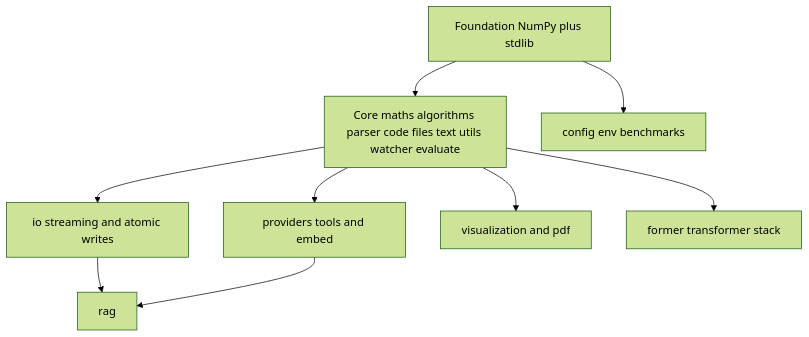
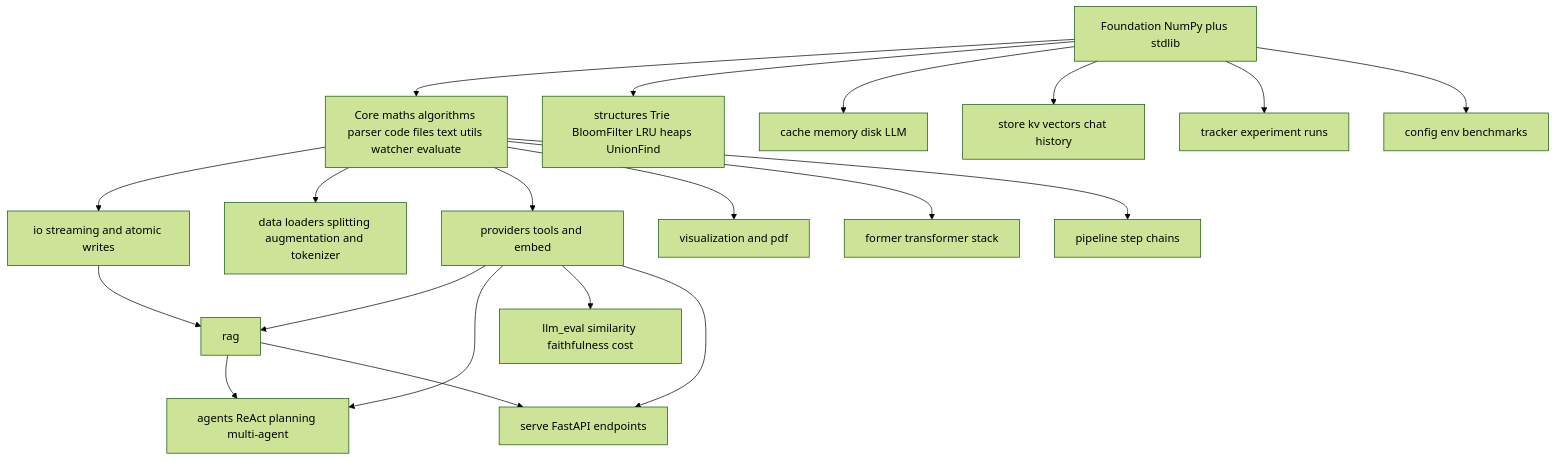
One commit to Aqwel-AI/Aion changed the first of 4 diagrams in README.md. Above: the diagram before and after it, drawn with Mermaid (forest theme). The commit also changed other lines of this file and 59 other files, not shown here.

````diff
--- a/README.md
+++ b/README.md
@@ -90,19 +138,39 @@
 ```mermaid
 flowchart TB
   Foundation[Foundation NumPy plus stdlib]
   Core[Core maths algorithms parser code files text utils watcher evaluate]
   DataIO[io streaming and atomic writes]
+  DataProc[data loaders splitting augmentation and tokenizer]
   LLM[providers tools and embed]
   RAGModule[rag]
+  Agents[agents ReAct planning multi-agent]
+  Cache[cache memory disk LLM]
+  Structures[structures Trie BloomFilter LRU heaps UnionFind]
   VizDoc[visualization and pdf]
   Former[former transformer stack]
+  Pipeline[pipeline step chains]
+  Store[store kv vectors chat history]
+  Tracker[tracker experiment runs]
+  LLMEval[llm_eval similarity faithfulness cost]
+  Serve[serve FastAPI endpoints]
   Ops[config env benchmarks]
   Foundation --> Core
+  Foundation --> Structures
   Core --> DataIO
+  Core --> DataProc
   Core --> LLM
   DataIO --> RAGModule
   LLM --> RAGModule
+  LLM --> Agents
+  LLM --> LLMEval
+  LLM --> Serve
+  RAGModule --> Agents
+  RAGModule --> Serve
   Core --> VizDoc
   Core --> Former
+  Core --> Pipeline
+  Foundation --> Cache
+  Foundation --> Store
+  Foundation --> Tracker
   Foundation --> Ops
 ```
````
